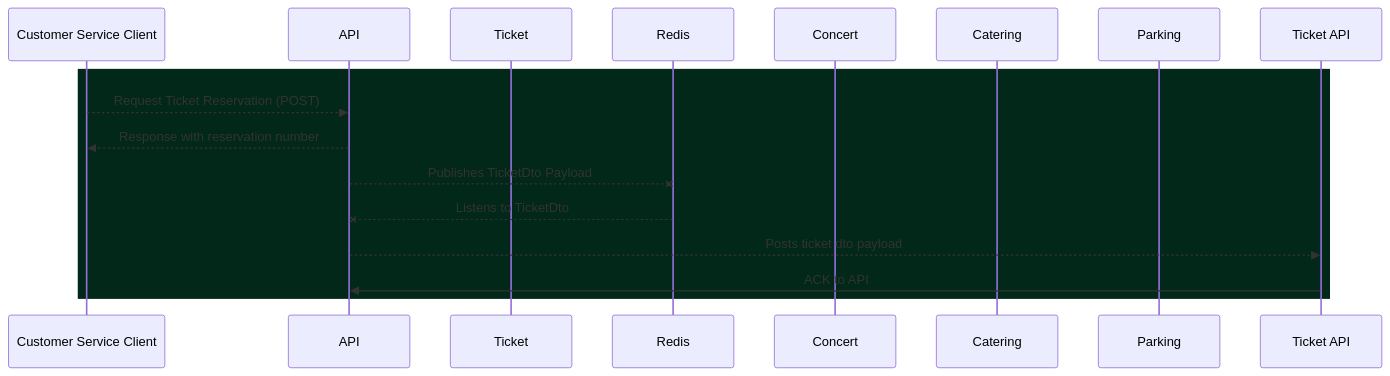
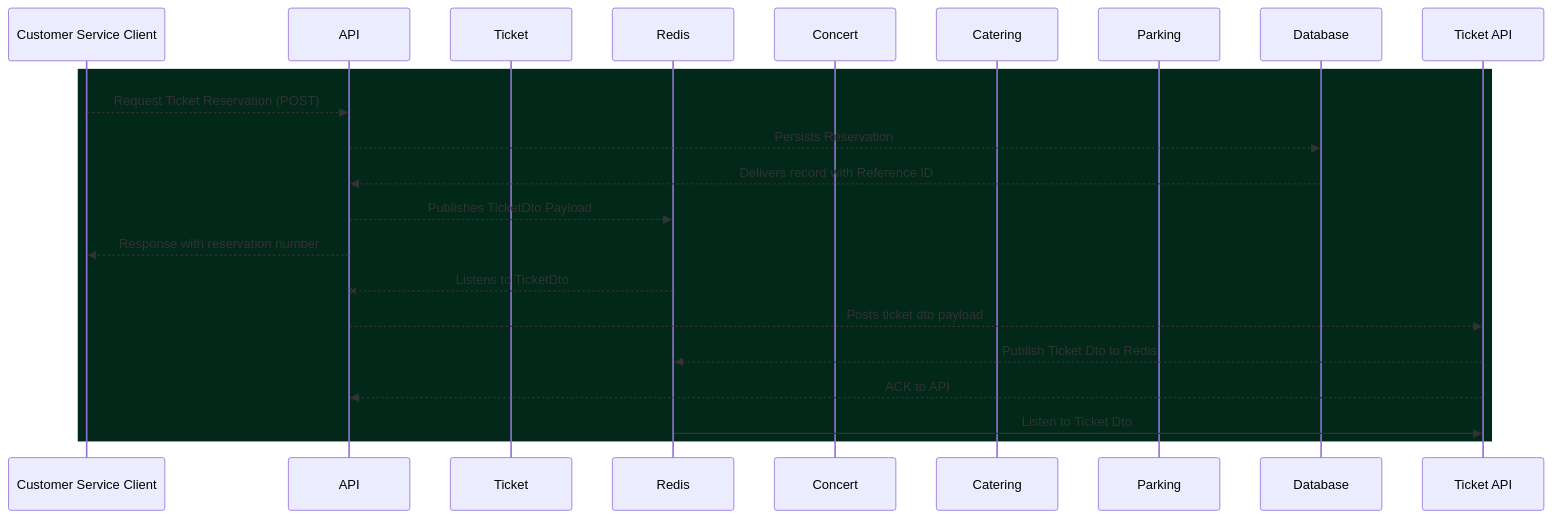
The diagram in Readme.md (jesperancinha/buy-odd-yucca-concert), drawn with Mermaid before and after one commit.

Commit message:
🌿🇺🇦🕊 Sequence diagram update

````diff
--- a/Readme.md
+++ b/Readme.md
@@ -153,19 +153,25 @@
 ```mermaid
 sequenceDiagram
     participant Customer Service Client
     participant API
     participant Ticket
     participant Redis
     participant Concert
     participant Catering
     participant Parking
+    participant Database
     
     rect rgb(1,40,25)
         Customer Service Client -->> API: Request Ticket Reservation (POST)
+        API -->> Database: Persists Reservation
+        Database -->> API: Delivers record with Reference ID
+        API -->> Redis: Publishes TicketDto Payload
         API -->> Customer Service Client: Response with reservation number
-        API --x Redis: Publishes TicketDto Payload
         Redis --x API: Listens to TicketDto
         API -->> Ticket API: Posts ticket dto payload
-        Ticket API ->> API: ACK to API
+        Ticket API -->> Redis: Publish Ticket Dto to Redis
+        Ticket API -->> API: ACK to API
+        Redis ->> Ticket API: Listen to Ticket Dto
+       
     end
 ```
````
